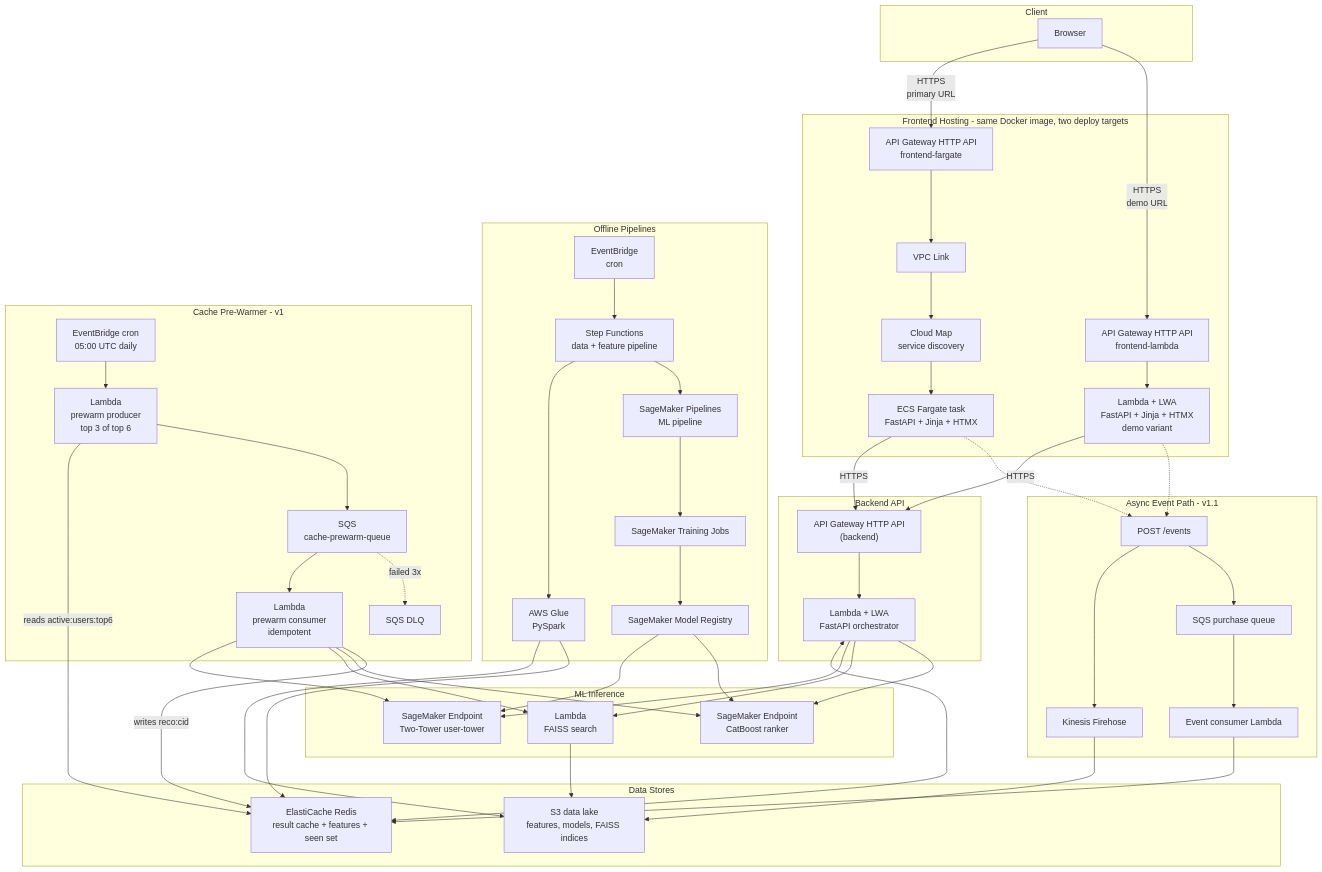
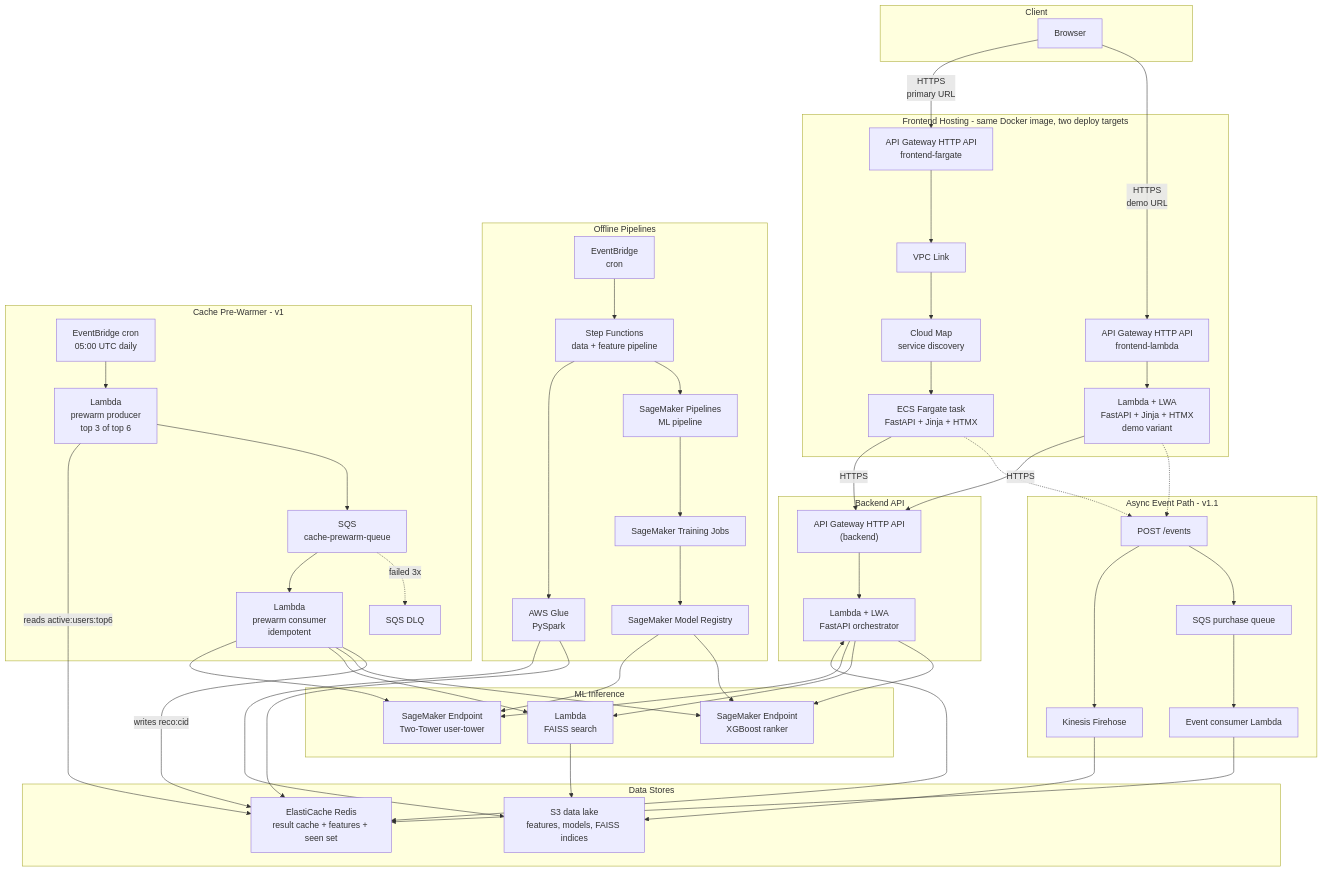
One commit to rahulvansh66/fashion-recommendation-system changed the first of 9 diagrams in docs/my-docs/personal-learning/future-implementation/hld.md. Above: the diagram before and after it, drawn with Mermaid. The commit also changed other lines of this file and 144 other files, not shown here.

```diff
--- a/docs/my-docs/personal-learning/future-implementation/hld.md
+++ b/docs/my-docs/personal-learning/future-implementation/hld.md
@@ -130,7 +130,7 @@
     subgraph mlLayer [ML Inference]
         userTower["SageMaker Endpoint<br/>Two-Tower user-tower"]
         faissLambda["Lambda<br/>FAISS search"]
-        catboost["SageMaker Endpoint<br/>CatBoost ranker"]
+        xgboost["SageMaker Endpoint<br/>XGBoost ranker"]
     end
 
     subgraph dataLayer [Data Stores]
@@ -174,12 +174,12 @@
     apiLambda <--> redis
     apiLambda --> userTower
     apiLambda --> faissLambda
-    apiLambda --> catboost
+    apiLambda --> xgboost
     faissLambda --> s3
 
     eventBridge --> stepFn --> glue --> s3
     stepFn --> smPipeline --> smTraining --> smRegistry --> userTower
-    smRegistry --> catboost
+    smRegistry --> xgboost
     glue --> redis
 
     warmEb --> warmProducer
@@ -189,7 +189,7 @@
     warmQueue -. failed 3x .-> warmDlq
     warmConsumer --> userTower
     warmConsumer --> faissLambda
-    warmConsumer --> catboost
+    warmConsumer --> xgboost
     warmConsumer -->|writes reco:cid| redis
 
     fargate -.-> evApiGw
```
